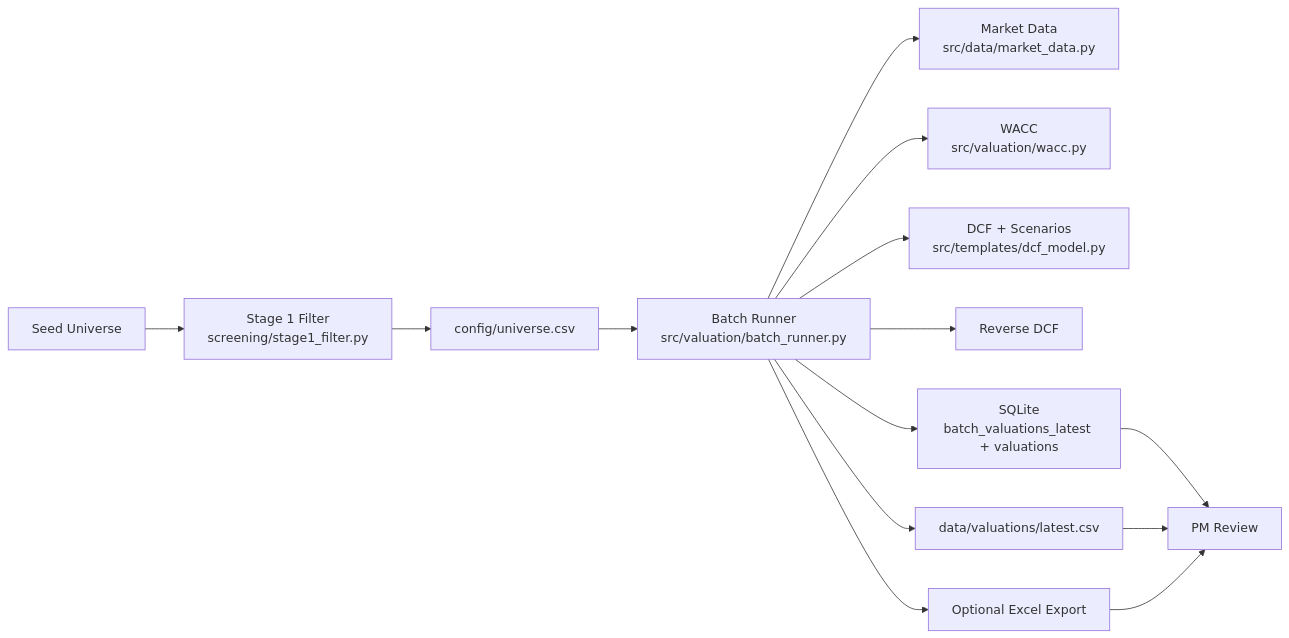
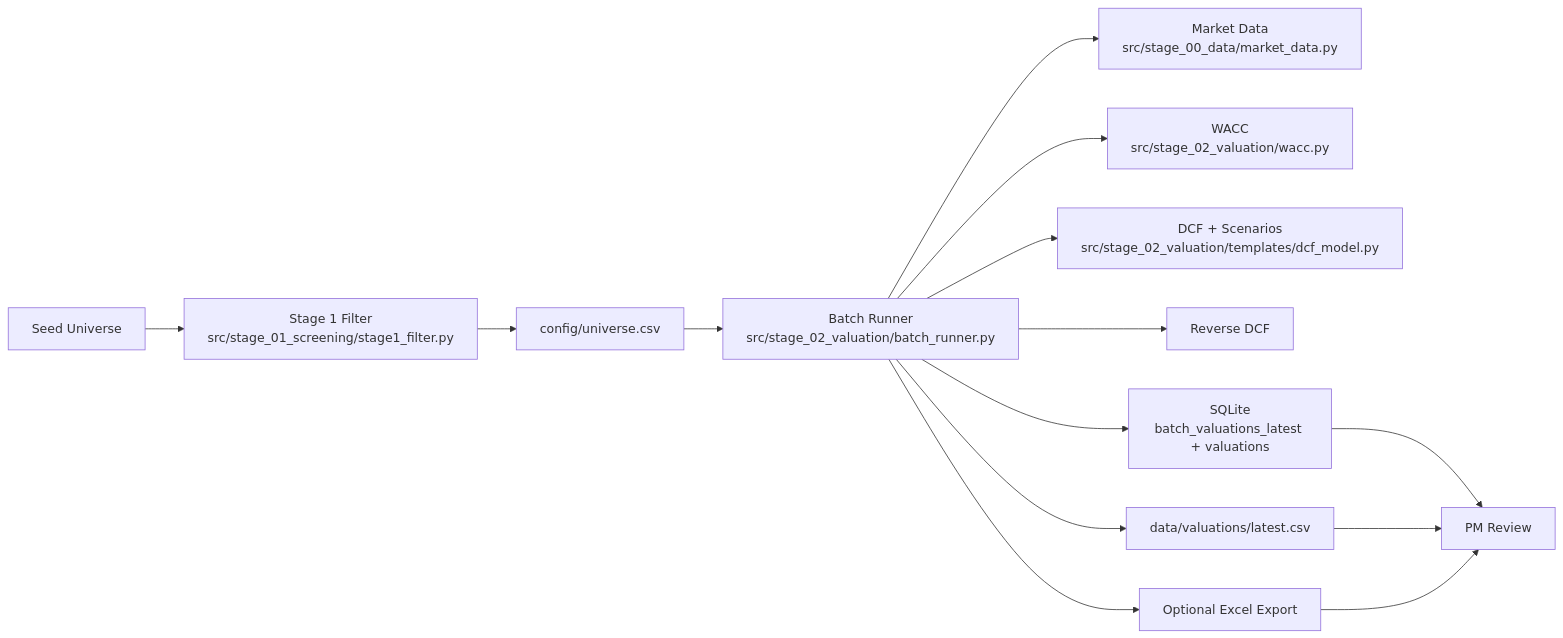
One commit to smrik/ai-fund changed the diagram in docs/handbook/workflow-end-to-end.md. Above: the diagram before and after it, drawn with Mermaid. The commit also changed other lines of this file and 75 other files, not shown here.

````diff
--- a/docs/handbook/workflow-end-to-end.md
+++ b/docs/handbook/workflow-end-to-end.md
@@ -15,19 +16,19 @@
 ```mermaid
 flowchart LR
-    U["Seed Universe"] --> S1["Stage 1 Filter\nscreening/stage1_filter.py"]
+    U["Seed Universe"] --> S1["Stage 1 Filter\nsrc/stage_01_screening/stage1_filter.py"]
     S1 --> UC["config/universe.csv"]
-    UC --> BR["Batch Runner\nsrc/valuation/batch_runner.py"]
+    UC --> BR["Batch Runner\nsrc/stage_02_valuation/batch_runner.py"]
 
-    BR --> MD["Market Data\nsrc/data/market_data.py"]
-    BR --> WF["WACC\nsrc/valuation/wacc.py"]
-    BR --> DF["DCF + Scenarios\nsrc/templates/dcf_model.py"]
+    BR --> MD["Market Data\nsrc/stage_00_data/market_data.py"]
+    BR --> WF["WACC\nsrc/stage_02_valuation/wacc.py"]
+    BR --> DF["DCF + Scenarios\nsrc/stage_02_valuation/templates/dcf_model.py"]
     BR --> RD["Reverse DCF"]
 
     BR --> SQL["SQLite\nbatch_valuations_latest + valuations"]
     BR --> CSV["data/valuations/latest.csv"]
     BR --> XLSX["Optional Excel Export"]
 
     SQL --> PM["PM Review"]
     CSV --> PM
     XLSX --> PM
 ```
````
